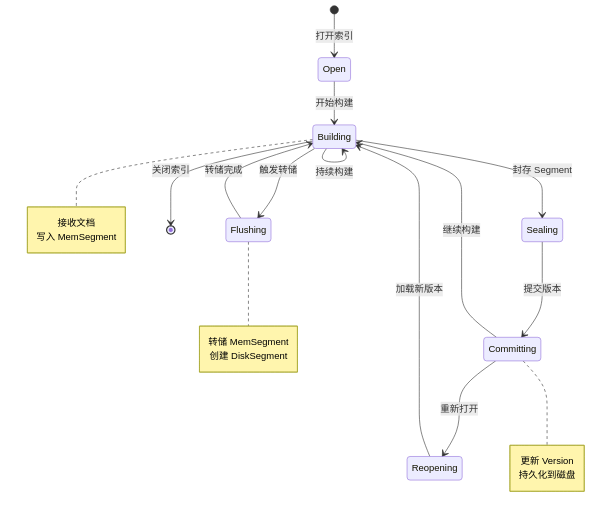
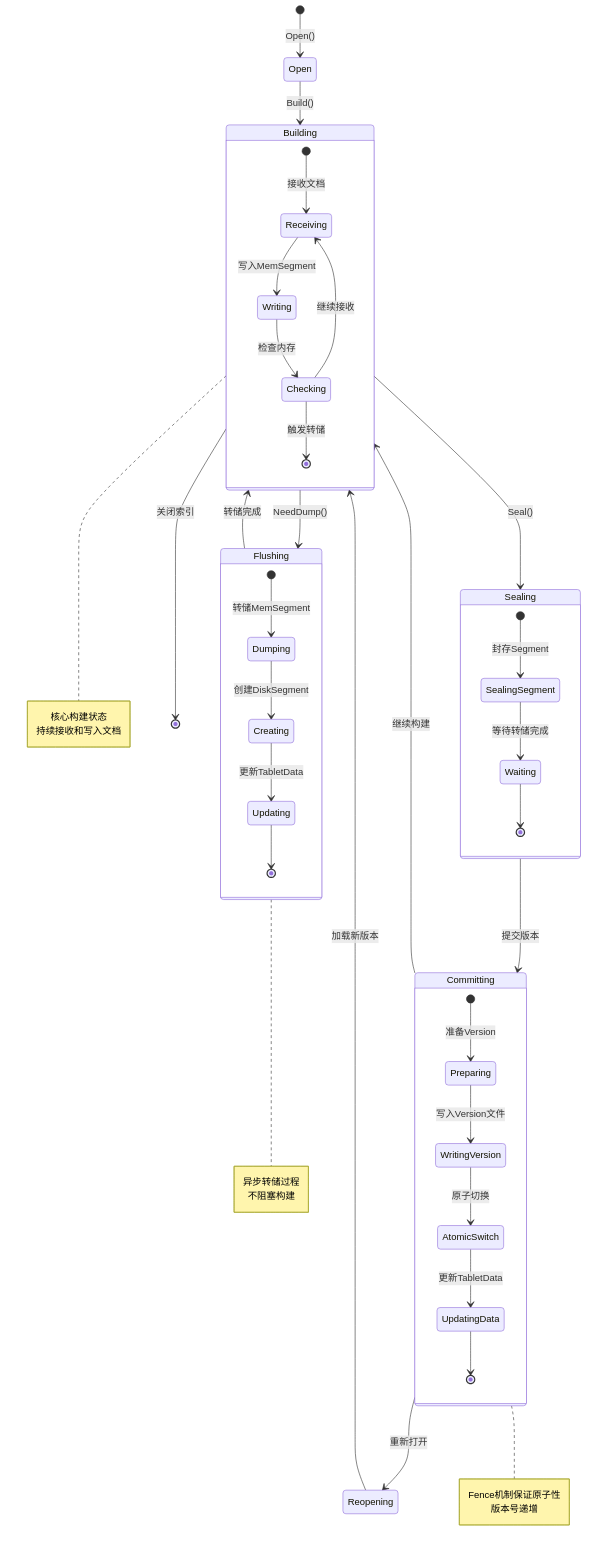
The sixth of 22 diagrams in _posts/2025-05-08-indexlib-1-architecture-overview.md (zhouzhilong-commits/zhouzhilong-commits.github.io), drawn with Mermaid before and after one commit. The commit also changed other lines of this file and 6 other files, not shown here.

````diff
--- a/_posts/2025-05-08-indexlib-1-architecture-overview.md
+++ b/_posts/2025-05-08-indexlib-1-architecture-overview.md
@@ -314,26 +409,65 @@
 ```mermaid
 stateDiagram-v2
-    [*] --> Open: 打开索引
-    Open --> Building: 开始构建
-    Building --> Building: 持续构建
-    Building --> Flushing: 触发转储
+    [*] --> Open: Open()
+    
+    Open --> Building: Build()
+    
+    state Building {
+        [*] --> Receiving: 接收文档
+        Receiving --> Writing: 写入MemSegment
+        Writing --> Checking: 检查内存
+        Checking --> Receiving: 继续接收
+        Checking --> [*]: 触发转储
+    }
+    
+    Building --> Flushing: NeedDump()
+    
+    state Flushing {
+        [*] --> Dumping: 转储MemSegment
+        Dumping --> Creating: 创建DiskSegment
+        Creating --> Updating: 更新TabletData
+        Updating --> [*]
+    }
+    
     Flushing --> Building: 转储完成
-    Building --> Sealing: 封存 Segment
+    
+    Building --> Sealing: Seal()
+    
+    state Sealing {
+        [*] --> SealingSegment: 封存Segment
+        SealingSegment --> Waiting: 等待转储完成
+        Waiting --> [*]
+    }
+    
     Sealing --> Committing: 提交版本
+    
+    state Committing {
+        [*] --> Preparing: 准备Version
+        Preparing --> WritingVersion: 写入Version文件
+        WritingVersion --> AtomicSwitch: 原子切换
+        AtomicSwitch --> UpdatingData: 更新TabletData
+        UpdatingData --> [*]
+    }
+    
     Committing --> Building: 继续构建
     Committing --> Reopening: 重新打开
+    
     Reopening --> Building: 加载新版本
+    
     Building --> [*]: 关闭索引
+    
     note right of Building
-        接收文档
-        写入 MemSegment
+        核心构建状态
+        持续接收和写入文档
     end note
+    
     note right of Flushing
-        转储 MemSegment
-        创建 DiskSegment
+        异步转储过程
+        不阻塞构建
     end note
+    
     note right of Committing
-        更新 Version
-        持久化到磁盘
+        Fence机制保证原子性
+        版本号递增
     end note
 ```
````
